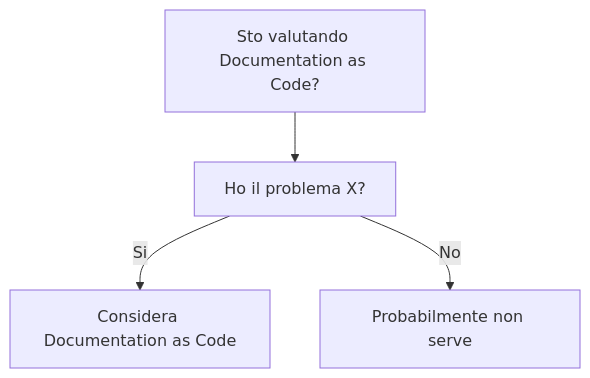
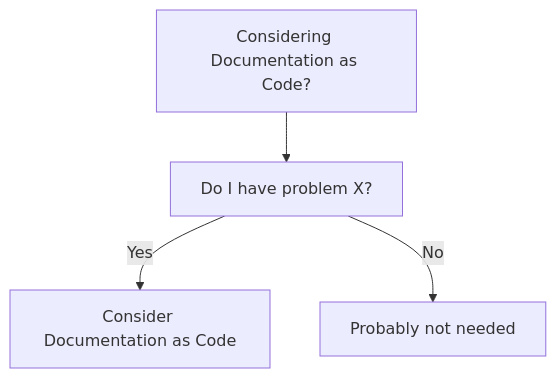
The diagram in dev-wiki/25_Documentation/Documentation_as_Code/When_To_Use.md (HxT9/Software-Dev-Wiki), drawn with Mermaid before and after one commit. The commit also changed other lines of this file and 3444 other files, not shown here.

````diff
--- a/dev-wiki/25_Documentation/Documentation_as_Code/When_To_Use.md
+++ b/dev-wiki/25_Documentation/Documentation_as_Code/When_To_Use.md
@@ -19,6 +19,6 @@
 ```mermaid
 flowchart TD
-  Q[Sto valutando Documentation as Code?] --> Q1[Ho il problema X?]
-  Q1 -->|Si| OK[Considera Documentation as Code]
-  Q1 -->|No| NO[Probabilmente non serve]
+  Q[Considering Documentation as Code?] --> Q1[Do I have problem X?]
+  Q1 -->|Yes| OK[Consider Documentation as Code]
+  Q1 -->|No| NO[Probably not needed]
 ```
````
